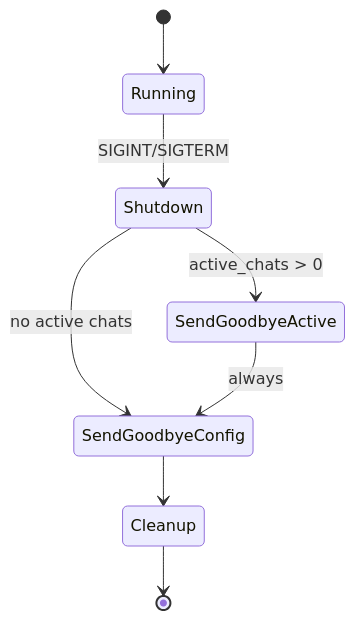
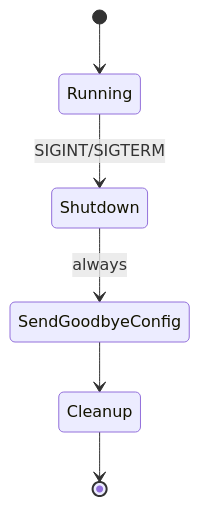
The fourth of 4 diagrams in docs/TELEGRAM_BOT.md (satibot/satibot), drawn with Mermaid before and after one commit. The commit also changed other lines of this file and 2 other files, not shown here.

First line of the commit message:
refactor: migrate Telegram bot to event loop-based architecture from synchronous threading model

````diff
--- a/docs/TELEGRAM_BOT.md
+++ b/docs/TELEGRAM_BOT.md
@@ -172,10 +213,8 @@
 ```mermaid
 stateDiagram-v2
     [*] --> Running
     Running --> Shutdown: SIGINT/SIGTERM
-    Shutdown --> SendGoodbyeActive: active_chats > 0
-    Shutdown --> SendGoodbyeConfig: no active chats
-    SendGoodbyeActive --> SendGoodbyeConfig: always
+    Shutdown --> SendGoodbyeConfig: always
     SendGoodbyeConfig --> Cleanup
     Cleanup --> [*]
 ```
````
